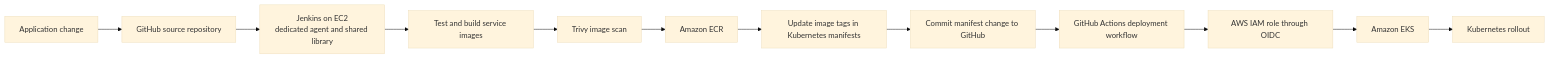
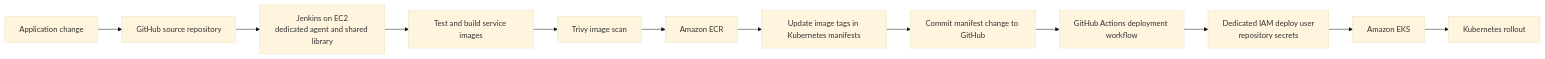
The first of 2 diagrams in README.md (Maielshazlyy/iVolve-X-NTI-Final-Project), drawn with Mermaid (base theme) before and after one commit. The commit also changed other lines of this file and 46 other files, not shown here.

````diff
--- a/README.md
+++ b/README.md
@@ -20,14 +20,14 @@
 ```mermaid
 flowchart LR
     Dev[Application change] --> Repo[GitHub source repository]
     Repo --> Jenkins[Jenkins on EC2<br/>dedicated agent and shared library]
     Jenkins --> Test[Test and build service images]
     Test --> Scan[Trivy image scan]
     Scan --> ECR[Amazon ECR]
     ECR --> Manifests[Update image tags in Kubernetes manifests]
     Manifests --> Git[Commit manifest change to GitHub]
     Git --> Actions[GitHub Actions deployment workflow]
-    Actions --> OIDC[AWS IAM role through OIDC]
-    OIDC --> EKS[Amazon EKS]
+    Actions --> IAMUser[Dedicated IAM deploy user<br/>repository secrets]
+    IAMUser --> EKS[Amazon EKS]
     EKS --> Rollout[Kubernetes rollout]
 ```
````
